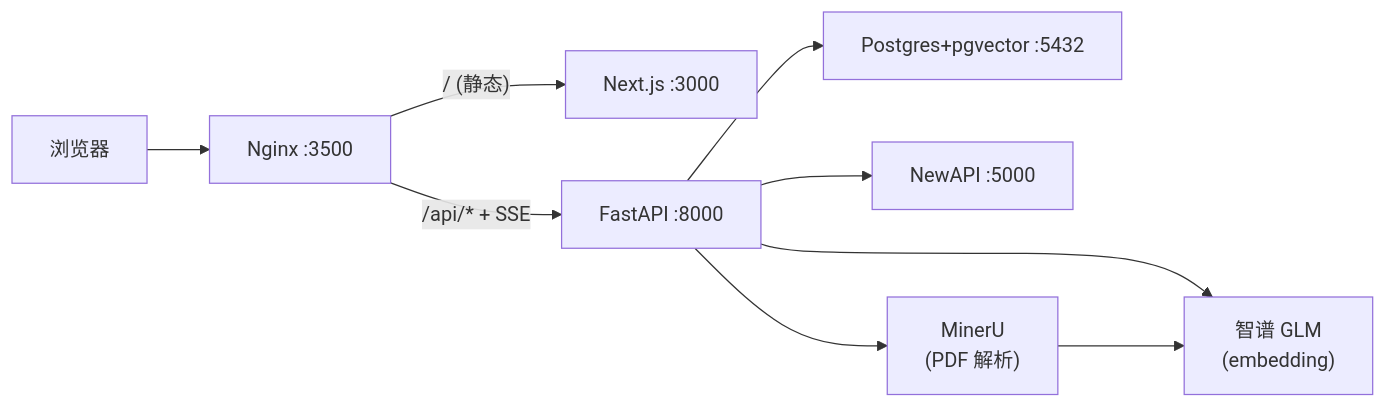
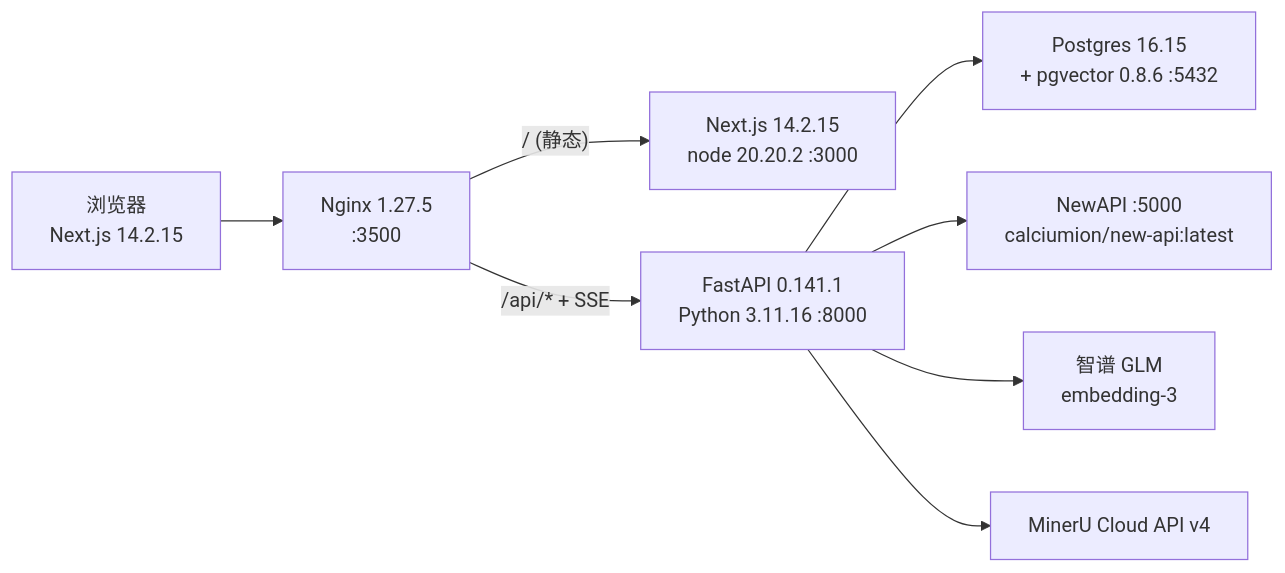
The diagram in .trae/documents/04-architecture/README.md (near9h/Botalk), drawn with Mermaid before and after one commit. The commit also changed other lines of this file and 5 other files, not shown here.

````diff
--- a/.trae/documents/04-architecture/README.md
+++ b/.trae/documents/04-architecture/README.md
@@ -11,20 +11,19 @@
 ```mermaid
 flowchart LR
-    Browser["浏览器"]
-    Nginx["Nginx :3500"]
-    Frontend["Next.js :3000"]
-    Backend["FastAPI :8000"]
-    PG["Postgres+pgvector :5432"]
-    NewAPI["NewAPI :5000"]
-    Zhipu["智谱 GLM<br/>(embedding)"]
-    MinerU["MinerU<br/>(PDF 解析)"]
+    Browser["浏览器<br/>Next.js 14.2.15"]
+    Nginx["Nginx 1.27.5<br/>:3500"]
+    Frontend["Next.js 14.2.15<br/>node 20.20.2 :3000"]
+    Backend["FastAPI 0.141.1<br/>Python 3.11.16 :8000"]
+    PG["Postgres 16.15<br/>+ pgvector 0.8.6 :5432"]
+    NewAPI["NewAPI :5000<br/>calciumion/new-api:latest"]
+    Zhipu["智谱 GLM<br/>embedding-3"]
+    MinerU["MinerU Cloud API v4"]
 
     Browser --> Nginx
     Nginx -- "/ (静态)" --> Frontend
     Nginx -- "/api/* + SSE" --> Backend
     Backend --> PG
     Backend --> NewAPI
     Backend --> Zhipu
     Backend --> MinerU
-    MinerU --> Zhipu
 ```
````
